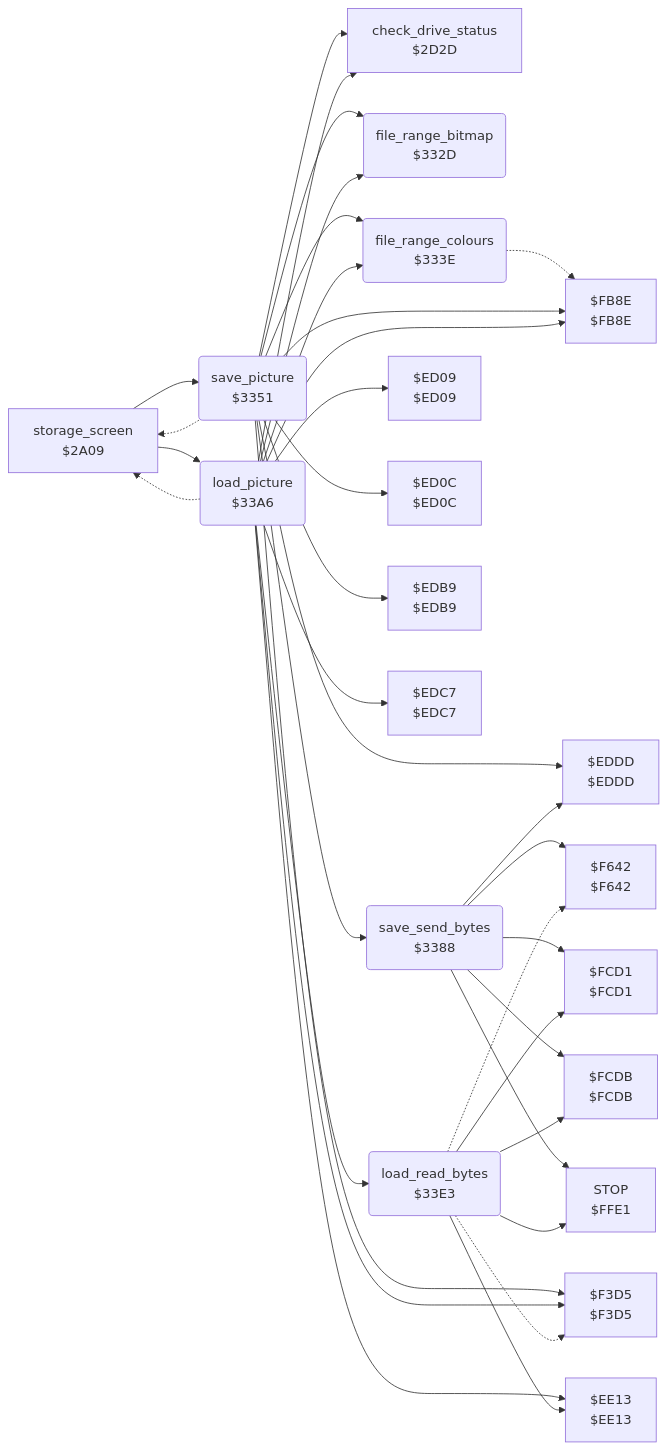
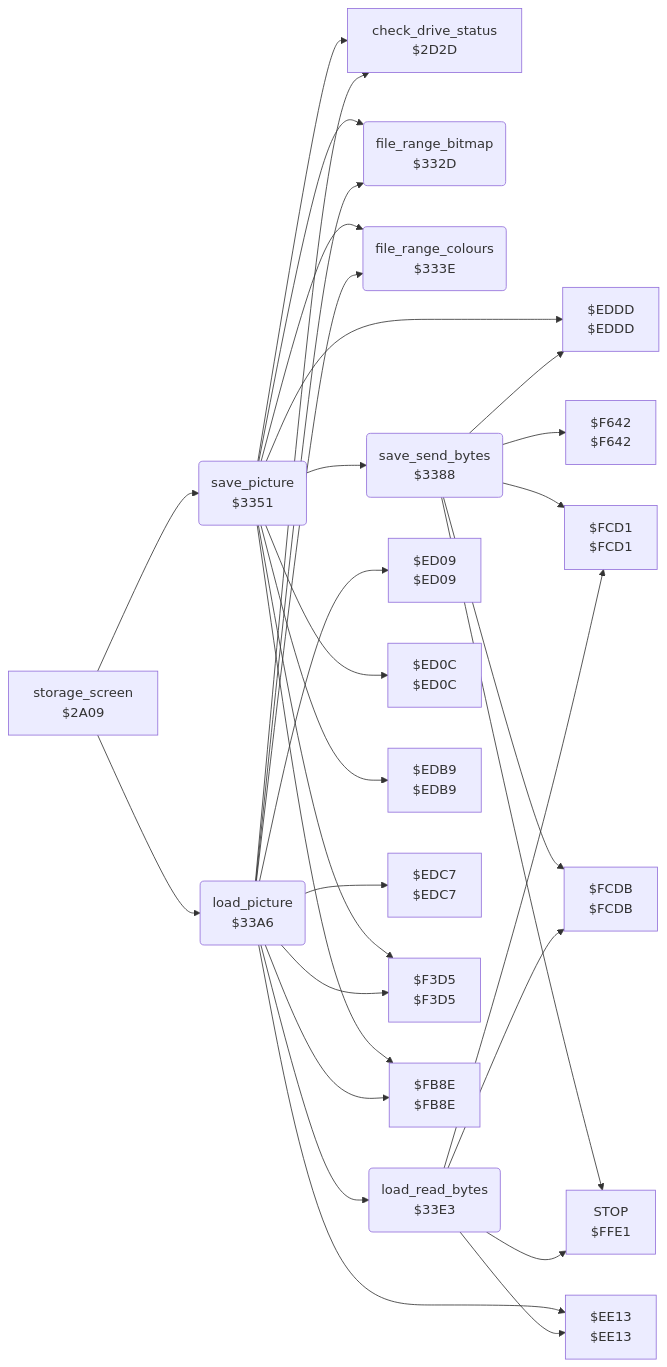
Before and after one commit to henols/c64_games: the diagram in koala_painter/v2/docs/reference/modules/storage/picture_file.md, drawn with Mermaid. The commit also changed other lines of this file and 1100 other files, not shown here.

````diff
--- a/koala_painter/v2/docs/reference/modules/storage/picture_file.md
+++ b/koala_painter/v2/docs/reference/modules/storage/picture_file.md
@@ -10,57 +21,52 @@
 ```mermaid
 flowchart LR
   n2a09["storage_screen<br/>$2A09"]
   n2d2d["check_drive_status<br/>$2D2D"]
   n332d("file_range_bitmap<br/>$332D")
   n333e("file_range_colours<br/>$333E")
   n3351("save_picture<br/>$3351")
   n3388("save_send_bytes<br/>$3388")
   n33a6("load_picture<br/>$33A6")
   n33e3("load_read_bytes<br/>$33E3")
   ned09["$ED09<br/>$ED09"]
   ned0c["$ED0C<br/>$ED0C"]
   nedb9["$EDB9<br/>$EDB9"]
   nedc7["$EDC7<br/>$EDC7"]
   neddd["$EDDD<br/>$EDDD"]
   nee13["$EE13<br/>$EE13"]
   nf3d5["$F3D5<br/>$F3D5"]
   nf642["$F642<br/>$F642"]
   nfb8e["$FB8E<br/>$FB8E"]
   nfcd1["$FCD1<br/>$FCD1"]
   nfcdb["$FCDB<br/>$FCDB"]
   nffe1["STOP<br/>$FFE1"]
   n2a09 --> n3351
   n2a09 --> n33a6
-  n333e -.-> nfb8e
-  n3351 -.-> n2a09
   n3351 --> n2d2d
   n3351 --> n332d
   n3351 --> n333e
   n3351 --> n3388
   n3351 --> ned0c
   n3351 --> nedb9
   n3351 --> neddd
   n3351 --> nf3d5
   n3351 --> nfb8e
   n3388 --> neddd
   n3388 --> nf642
   n3388 --> nfcd1
   n3388 --> nfcdb
   n3388 --> nffe1
-  n33a6 -.-> n2a09
   n33a6 --> n2d2d
   n33a6 --> n332d
   n33a6 --> n333e
   n33a6 --> n33e3
   n33a6 --> ned09
   n33a6 --> nedc7
   n33a6 --> nee13
   n33a6 --> nf3d5
   n33a6 --> nfb8e
   n33e3 --> nee13
-  n33e3 -.-> nf3d5
-  n33e3 -.-> nf642
   n33e3 --> nfcd1
   n33e3 --> nfcdb
   n33e3 --> nffe1
 ```
````
